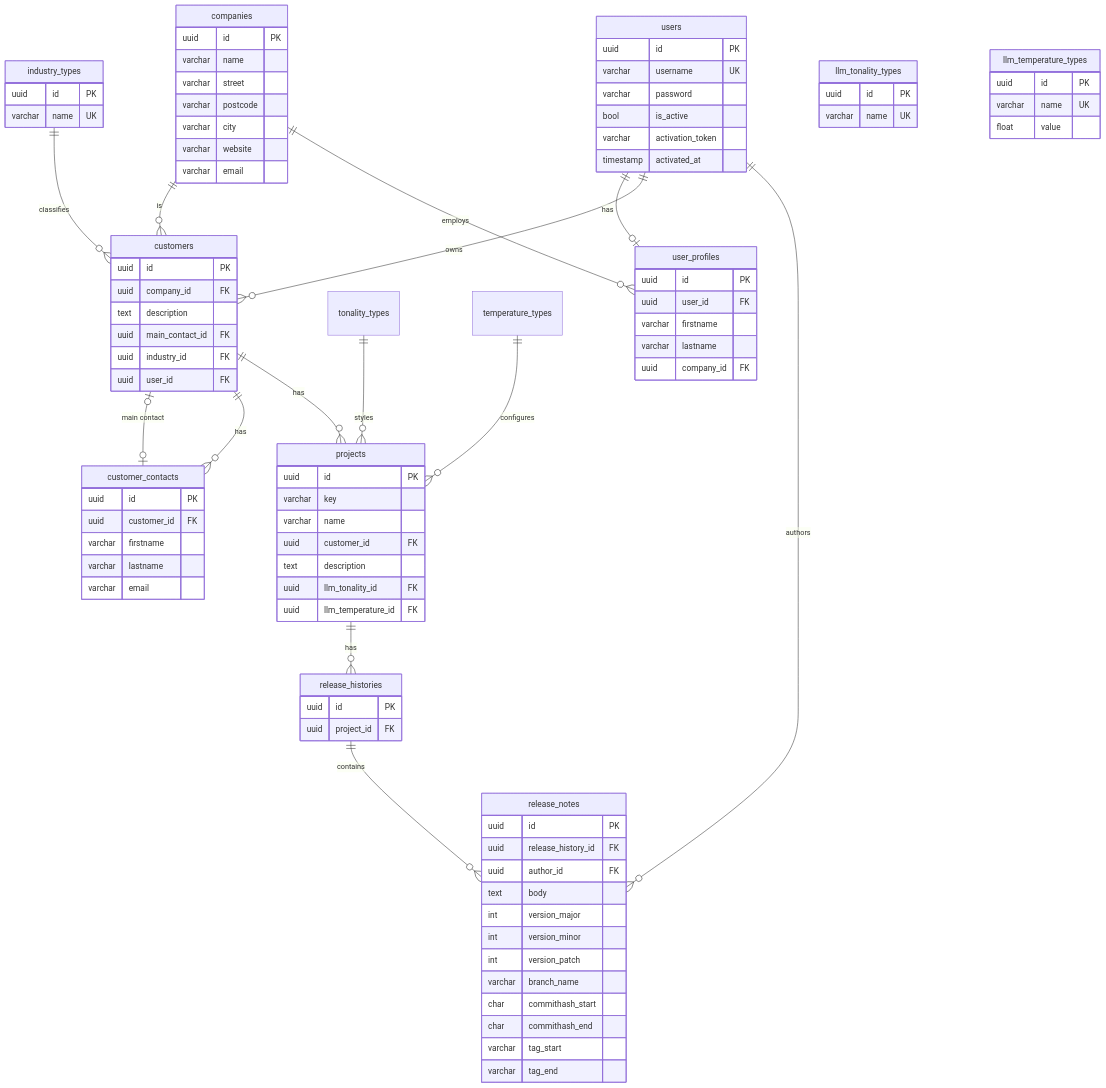
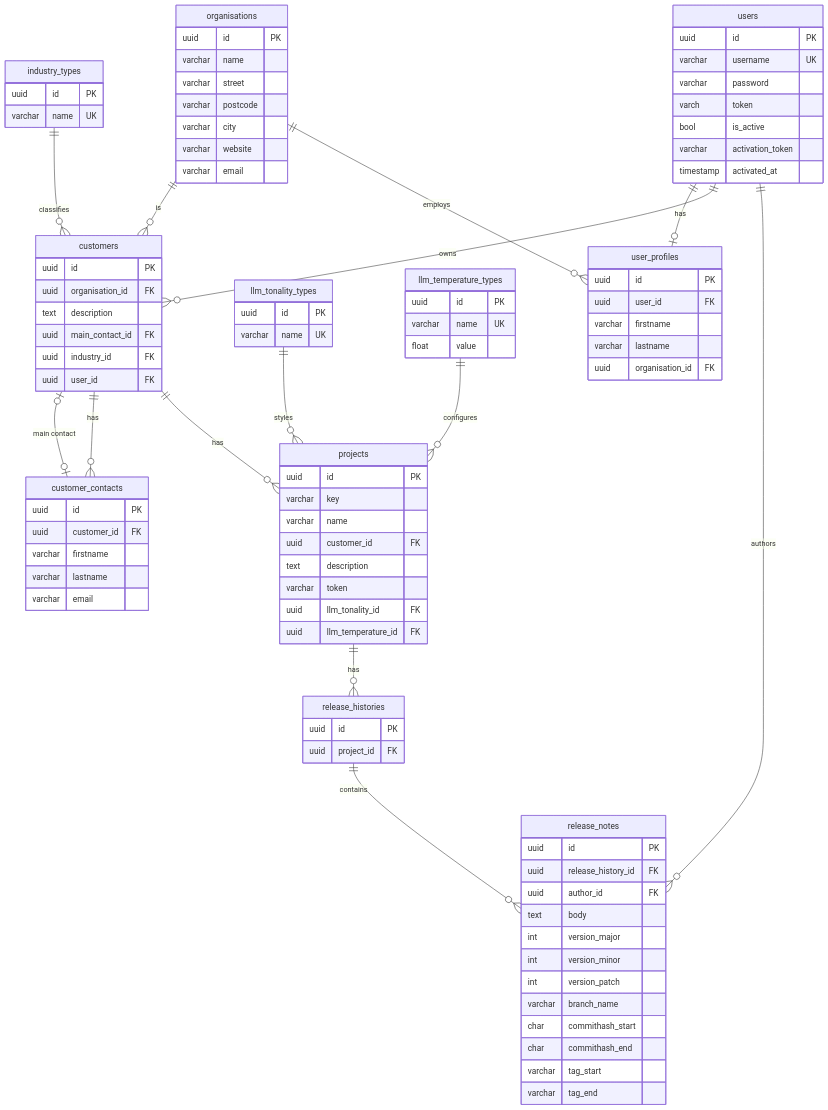
Before and after one commit to zihmm/rylees: the diagram in docs/design/database/schema.md, drawn with Mermaid. The commit also changed other lines of this file and 8 other files, not shown here.

Commit message:
- Added architecture ADRs and diagrams of core concepts - Added CLI usage and API endpoint design descriptions

```diff
--- a/docs/design/database/schema.md
+++ b/docs/design/database/schema.md
@@ -25,12 +25,12 @@
     release_histories ||--o{ release_notes : "contains"
     users ||--o{ release_notes : "authors"
     users ||--o{ customers : "owns"
-    tonality_types ||--o{ projects : "styles"
-    temperature_types ||--o{ projects : "configures"
+    llm_tonality_types ||--o{ projects : "styles"
+    llm_temperature_types ||--o{ projects : "configures"
     industry_types ||--o{ customers : "classifies"
     users ||--o| user_profiles : "has"
-    companies ||--o{ user_profiles : "employs"
-    companies ||--o{ customers : "is"
+    organisations ||--o{ user_profiles : "employs"
+    organisations ||--o{ customers : "is"
 
     projects {
         uuid id PK
@@ -38,13 +38,14 @@
         varchar name
         uuid customer_id FK
         text description
+        varchar token
         uuid llm_tonality_id FK
         uuid llm_temperature_id FK
     }
 
     customers {
         uuid id PK
-        uuid company_id FK
+        uuid organisation_id FK
         text description
         uuid main_contact_id FK
         uuid industry_id FK
@@ -83,6 +84,7 @@
         uuid id PK
         varchar username UK
         varchar password
+        varch token
         bool is_active
         varchar activation_token
         timestamp activated_at
@@ -93,10 +95,10 @@
         uuid user_id FK
         varchar firstname
         varchar lastname
-        uuid company_id FK
+        uuid organisation_id FK
     }
 
-    companies {
+    organisations {
         uuid id PK
         varchar name
         varchar street
```
